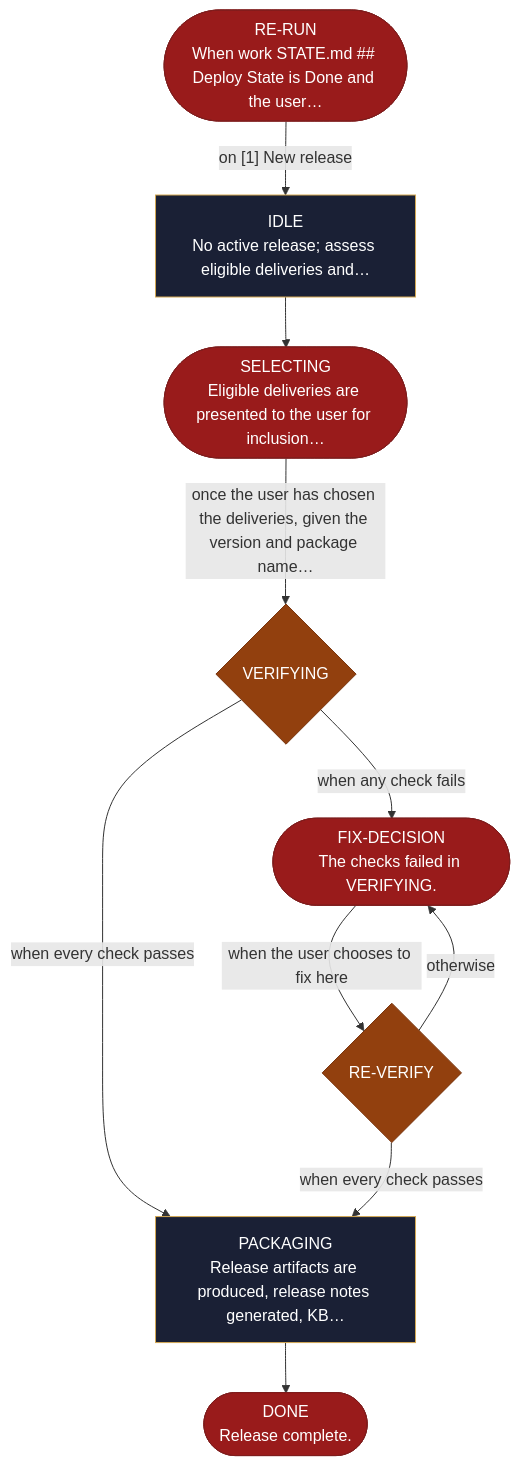
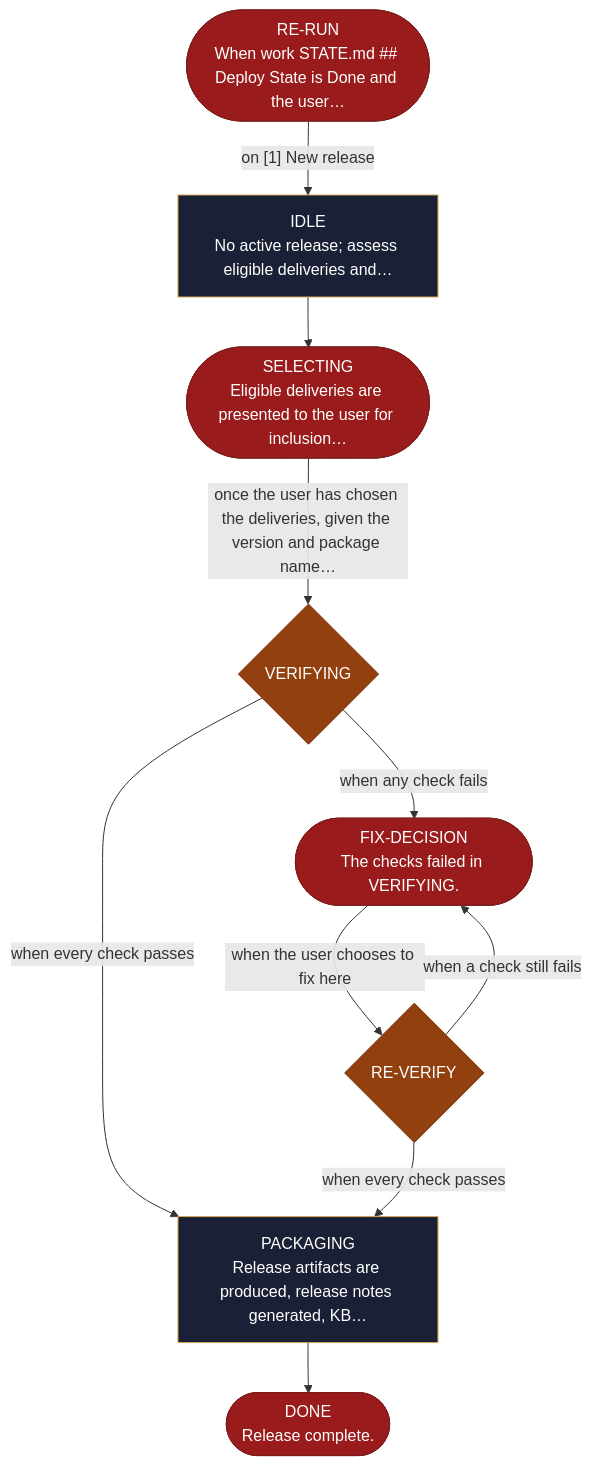
One commit to AndreVianna/aid-methodology changed the diagram in site/src/content/docs/skills/aid-deploy.md. Above: the diagram before and after it, drawn with Mermaid. The commit also changed other lines of this file and 258 other files, not shown here.

````diff
--- a/site/src/content/docs/skills/aid-deploy.md
+++ b/site/src/content/docs/skills/aid-deploy.md
@@ -19,42 +19,42 @@
 ```mermaid
 flowchart TB
   classDef aidNode color:#fff
   classDef aidEntry fill:#166534,stroke:#14532d,color:#fff
   classDef aidExit fill:#991b1b,stroke:#7f1d1d,color:#fff
   classDef aidDecision fill:#92400e,stroke:#78350f,color:#fff
   classDef aidLoopBack fill:#1e3a8a,stroke:#1e3a8a,color:#fff
   classDef aidStep fill:#1a2035,stroke:#d4a853,color:#f1f5f9
   n1["IDLE<br/>No active release; assess eligible deliveries and…"]
   n2(["SELECTING<br/>Eligible deliveries are presented to the user for inclusion…"])
   n3{"VERIFYING"}
   n4(["FIX-DECISION<br/>The checks failed in VERIFYING."])
   n5{"RE-VERIFY"}
   n6["PACKAGING<br/>Release artifacts are produced, release notes generated, KB…"]
   n7(["DONE<br/>Release complete."])
   n8(["RE-RUN<br/>When work STATE.md ## Deploy State is Done and the user…"])
   n1 --> n2
   n2 -->|"once the user has chosen the deliveries, given the version and package name…"| n3
   n3 -->|"when any check fails"| n4
   n3 -->|"when every check passes"| n6
   n4 -->|"when the user chooses to fix here"| n5
-  n5 -->|"otherwise"| n4
+  n5 -->|"when a check still fails"| n4
   n5 -->|"when every check passes"| n6
   n6 --> n7
   n8 -->|"on [1] New release"| n1
   class n1 aidStep
   class n2 aidExit
   class n3 aidDecision
   class n4 aidExit
   class n5 aidDecision
   class n6 aidStep
   class n7 aidExit
   class n8 aidExit
   class n1 aidNode
   class n2 aidNode
   class n3 aidNode
   class n4 aidNode
   class n5 aidNode
   class n6 aidNode
   class n7 aidNode
   class n8 aidNode
 ```
````
